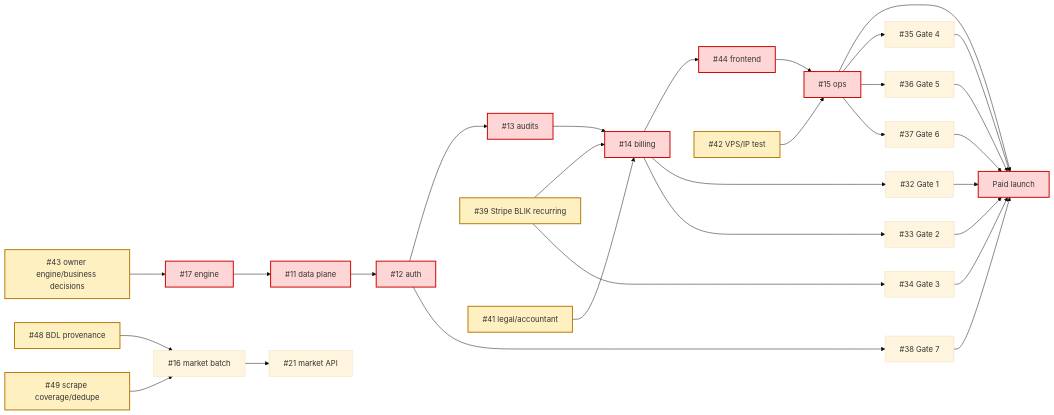
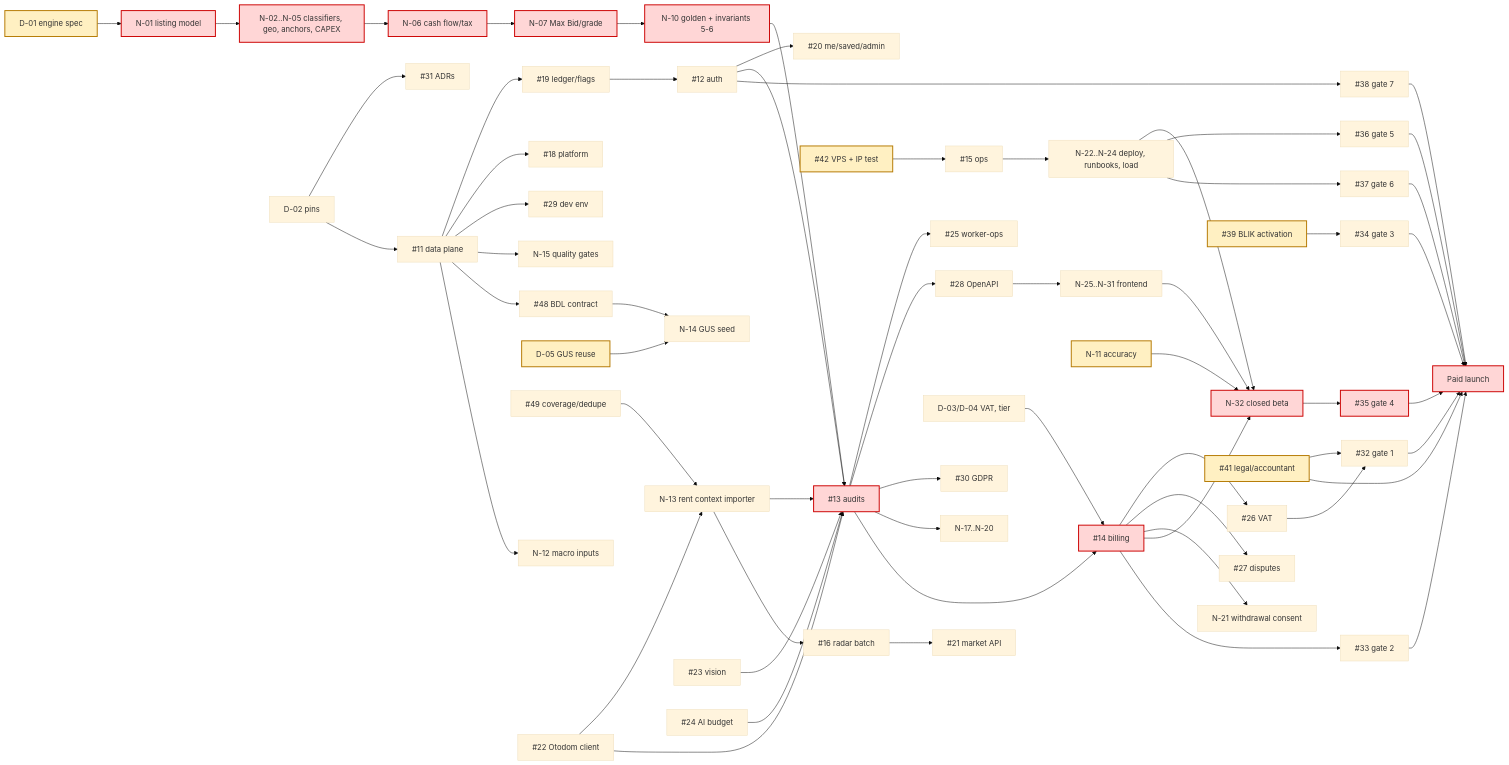
The diagram in docs/ROADMAP.md (wedbew/rent-monitor), drawn with Mermaid (base theme) before and after one commit. The commit also changed other lines of this file, not shown here.

Commit message:
docs(RM-80): roadmap revision 2

````diff
--- a/docs/ROADMAP.md
+++ b/docs/ROADMAP.md
@@ -160,21 +172,31 @@
 ```mermaid
 flowchart LR
-  classDef critical fill:#ffd6d6,stroke:#c00,stroke-width:2px;
+  classDef crit fill:#ffd6d6,stroke:#c00,stroke-width:2px;
   classDef pole fill:#fff0c2,stroke:#b57900,stroke-width:2px;
-  D43[#43 owner engine/business decisions] --> E17[#17 engine]
-  E17 --> D11[#11 data plane] --> A12[#12 auth] --> U13[#13 audits] --> B14[#14 billing] --> F44[#44 frontend] --> O15[#15 ops] --> L[Paid launch]
-  D39[#39 Stripe BLIK recurring] --> B14
-  D41[#41 legal/accountant] --> B14
-  D42[#42 VPS/IP test] --> O15
-  B14 --> G32[#32 Gate 1] --> L
-  B14 --> G33[#33 Gate 2] --> L
-  D39 --> G34[#34 Gate 3] --> L
-  O15 --> G35[#35 Gate 4] --> L
-  O15 --> G36[#36 Gate 5] --> L
-  O15 --> G37[#37 Gate 6] --> L
-  A12 --> G38[#38 Gate 7] --> L
-  D48[#48 BDL provenance] --> M16[#16 market batch] --> M21[#21 market API]
-  D49[#49 scrape coverage/dedupe] --> M16
-  class D43,E17,D11,A12,U13,B14,F44,O15,L critical;
-  class D39,D41,D42,D43,D48,D49 pole;
+  D01["D-01 engine spec"] --> E1["N-01 listing model"] --> E6["N-02..N-05 classifiers, geo, anchors, CAPEX"] --> E7["N-06 cash flow/tax"] --> E8["N-07 Max Bid/grade"] --> E10["N-10 golden + invariants 5-6"]
+  D02["D-02 pins"] --> R31["#31 ADRs"] & R11["#11 data plane"]
+  R11 --> R19["#19 ledger/flags"] & R18["#18 platform"] & R29["#29 dev env"] & Q15["N-15 quality gates"]
+  R19 --> A12["#12 auth"] --> A20["#20 me/saved/admin"]
+  R11 --> M48["#48 BDL contract"] --> M14["N-14 GUS seed"]
+  D05["D-05 GUS reuse"] --> M14
+  M49["#49 coverage/dedupe"] --> M13["N-13 rent context importer"]
+  R11 --> M12["N-12 macro inputs"]
+  R22["#22 Otodom client"] --> M13
+  E10 & A12 & R22 & R23["#23 vision"] & R24["#24 AI budget"] & M13 --> U13["#13 audits"]
+  U13 --> R25["#25 worker-ops"] & R28["#28 OpenAPI"] & R30["#30 GDPR"] & N17["N-17..N-20"]
+  U13 --> B14["#14 billing"] --> B26["#26 VAT"] & B27["#27 disputes"] & B21["N-21 withdrawal consent"]
+  D03["D-03/D-04 VAT, tier"] --> B14
+  D39["#39 BLIK activation"] --> G34["#34 gate 3"]
+  D42["#42 VPS + IP test"] --> O15["#15 ops"] --> O22["N-22..N-24 deploy, runbooks, load"]
+  R28 --> F25["N-25..N-31 frontend"]
+  B14 & O22 & F25 & E11["N-11 accuracy"] --> BETA["N-32 closed beta"] --> G35["#35 gate 4"]
+  B26 --> G32["#32 gate 1"]
+  D41["#41 legal/accountant"] --> G32
+  B14 --> G33["#33 gate 2"]
+  O22 --> G36["#36 gate 5"] & G37["#37 gate 6"]
+  A12 --> G38["#38 gate 7"]
+  G32 & G33 & G34 & G35 & G36 & G37 & G38 & D41 --> L["Paid launch"]
+  M13 --> M16["#16 radar batch"] --> M21["#21 market API"]
+  class D01,E1,E6,E7,E8,E10,U13,B14,BETA,G35,L crit;
+  class D01,D39,D41,D42,D05,E11 pole;
 ```
````
